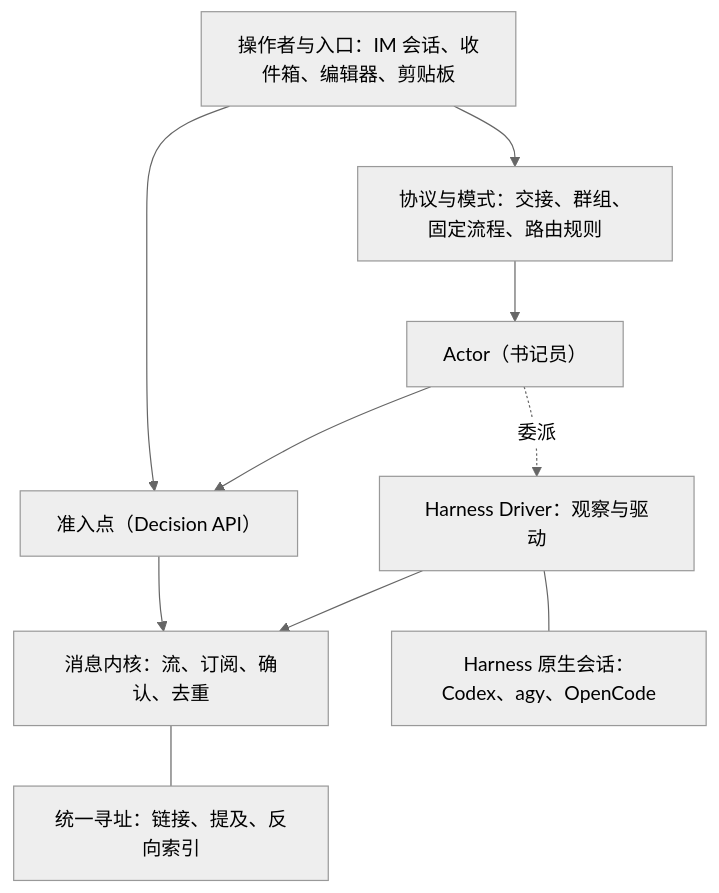
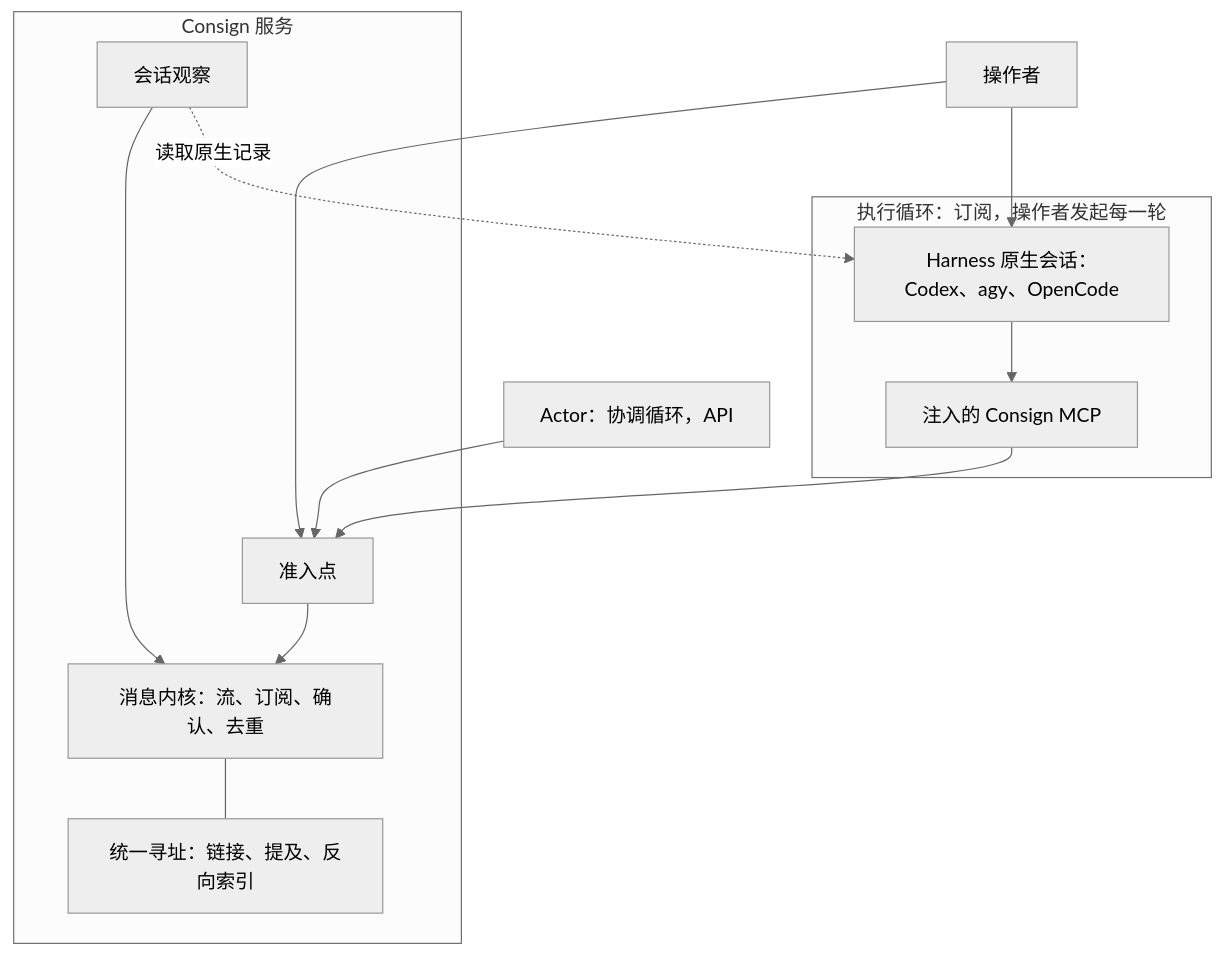
One commit to zhscn/consign changed the diagram in DESIGN.md. Above: the diagram before and after it, drawn with Mermaid (neutral theme). The commit also changed other lines of this file and 1 other file, not shown here.

First line of the commit message:
Invert harness integration to MCP injection

````diff
--- a/DESIGN.md
+++ b/DESIGN.md
@@ -128,20 +147,24 @@
 ```mermaid
 flowchart TB
-  OP["操作者与入口：IM 会话、收件箱、编辑器、剪贴板"]
-  PAT["协议与模式：交接、群组、固定流程、路由规则"]
-  ACT["Actor（书记员）"]
-  POL["准入点（Decision API）"]
-  MQ["消息内核：流、订阅、确认、去重"]
-  ADDR["统一寻址：链接、提及、反向索引"]
-  DRV["Harness Driver：观察与驱动"]
-  H["Harness 原生会话：Codex、agy、OpenCode"]
-  OP --> PAT
-  PAT --> ACT
+  OP["操作者"]
+  subgraph EXEC["执行循环：订阅，操作者发起每一轮"]
+    H["Harness 原生会话：Codex、agy、OpenCode"]
+    PLG["注入的 Consign MCP"]
+  end
+  subgraph SVC["Consign 服务"]
+    POL["准入点"]
+    MQ["消息内核：流、订阅、确认、去重"]
+    ADDR["统一寻址：链接、提及、反向索引"]
+    OBS["会话观察"]
+  end
+  ACT["Actor：协调循环，API"]
+  OP --> H
   OP --> POL
+  H --> PLG
+  PLG --> POL
   ACT --> POL
   POL --> MQ
   MQ --- ADDR
-  DRV --> MQ
-  DRV --- H
-  ACT -. 委派 .-> DRV
+  OBS --> MQ
+  OBS -. 读取原生记录 .-> H
 ```
````
